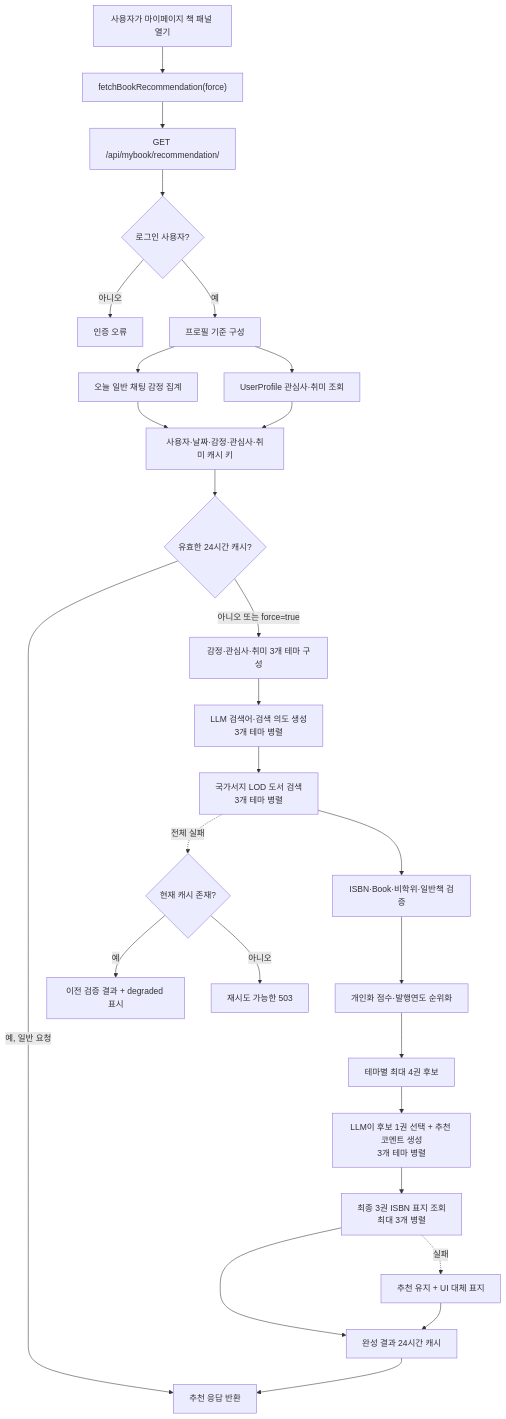
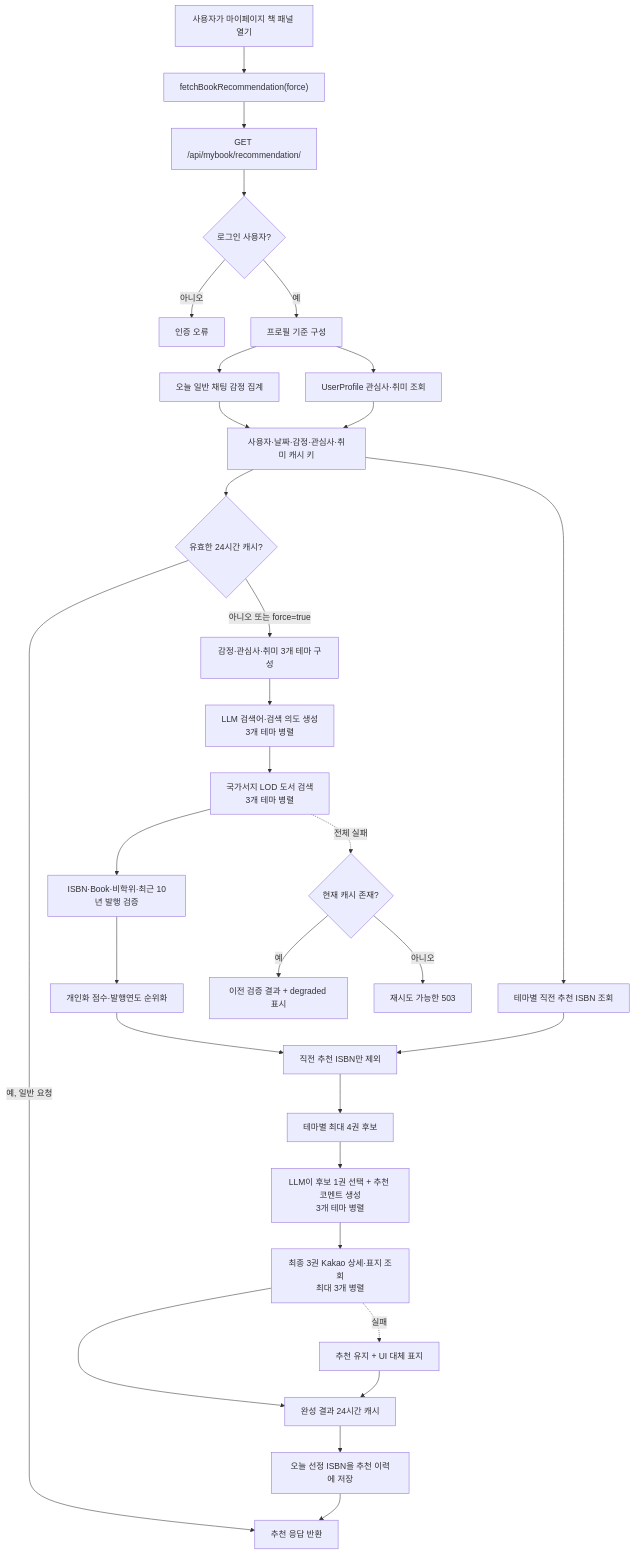
Before and after one commit to SKNETWORKS-FAMILY-AICAMP/SKN27-FINAL-4Team: the diagram in docs/한재웅/book_recommendation_flow_report.md, drawn with Mermaid. The commit also changed other lines of this file and 44 other files, not shown here.

````diff
--- a/docs/한재웅/book_recommendation_flow_report.md
+++ b/docs/한재웅/book_recommendation_flow_report.md
@@ -57,34 +58,38 @@
 ```mermaid
 flowchart TD
     U["사용자가 마이페이지 책 패널 열기"] --> FE["fetchBookRecommendation(force)"]
     FE --> API["GET /api/mybook/recommendation/"]
     API --> AUTH{"로그인 사용자?"}
     AUTH -- 아니오 --> E401["인증 오류"]
     AUTH -- 예 --> PROFILE["프로필 기준 구성"]
 
     PROFILE --> EMOTION["오늘 일반 채팅 감정 집계"]
     PROFILE --> PREF["UserProfile 관심사·취미 조회"]
     EMOTION --> CACHE["사용자·날짜·감정·관심사·취미 캐시 키"]
     PREF --> CACHE
 
     CACHE --> HIT{"유효한 24시간 캐시?"}
     HIT -- 예, 일반 요청 --> RESP["추천 응답 반환"]
     HIT -- 아니오 또는 force=true --> THEMES["감정·관심사·취미 3개 테마 구성"]
 
     THEMES --> INTENT["LLM 검색어·검색 의도 생성\n3개 테마 병렬"]
     INTENT --> SEARCH["국가서지 LOD 도서 검색\n3개 테마 병렬"]
-    SEARCH --> FILTER["ISBN·Book·비학위·일반책 검증"]
+    SEARCH --> FILTER["ISBN·Book·비학위·최근 10년 발행 검증"]
     FILTER --> RANK["개인화 점수·발행연도 순위화"]
-    RANK --> TOP4["테마별 최대 4권 후보"]
+    CACHE --> HISTORY["테마별 직전 추천 ISBN 조회"]
+    RANK --> EXCLUDE["직전 추천 ISBN만 제외"]
+    HISTORY --> EXCLUDE
+    EXCLUDE --> TOP4["테마별 최대 4권 후보"]
 
     TOP4 --> REVIEW["LLM이 후보 1권 선택 + 추천 코멘트 생성\n3개 테마 병렬"]
-    REVIEW --> COVER["최종 3권 ISBN 표지 조회\n최대 3개 병렬"]
+    REVIEW --> COVER["최종 3권 Kakao 상세·표지 조회\n최대 3개 병렬"]
     COVER --> SAVE["완성 결과 24시간 캐시"]
-    SAVE --> RESP
+    SAVE --> SAVE_HISTORY["오늘 선정 ISBN을 추천 이력에 저장"]
+    SAVE_HISTORY --> RESP
 
     SEARCH -. 전체 실패 .-> DEGRADED{"현재 캐시 존재?"}
     DEGRADED -- 예 --> STALE["이전 검증 결과 + degraded 표시"]
     DEGRADED -- 아니오 --> E503["재시도 가능한 503"]
     COVER -. 실패 .-> PLACEHOLDER["추천 유지 + UI 대체 표지"]
     PLACEHOLDER --> SAVE
 ```
````
